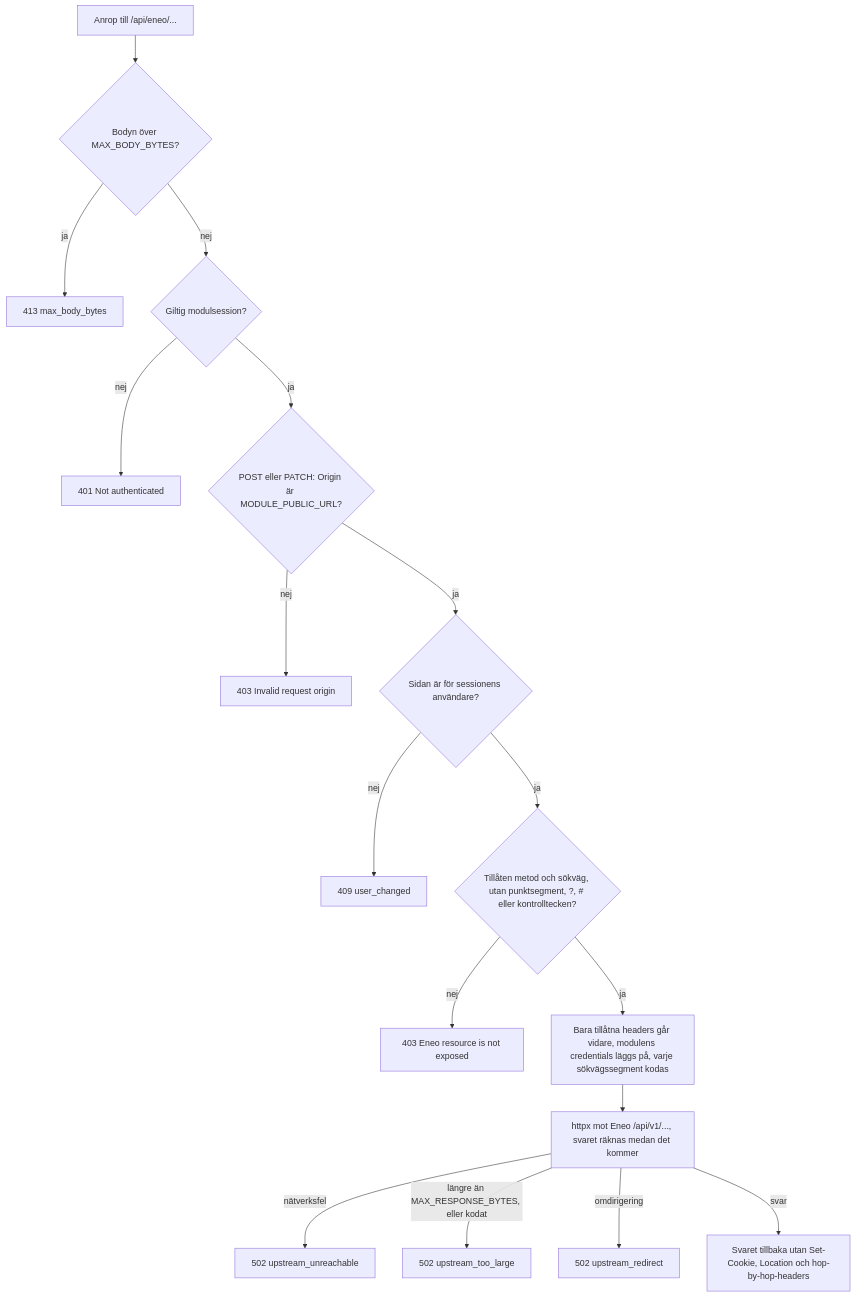
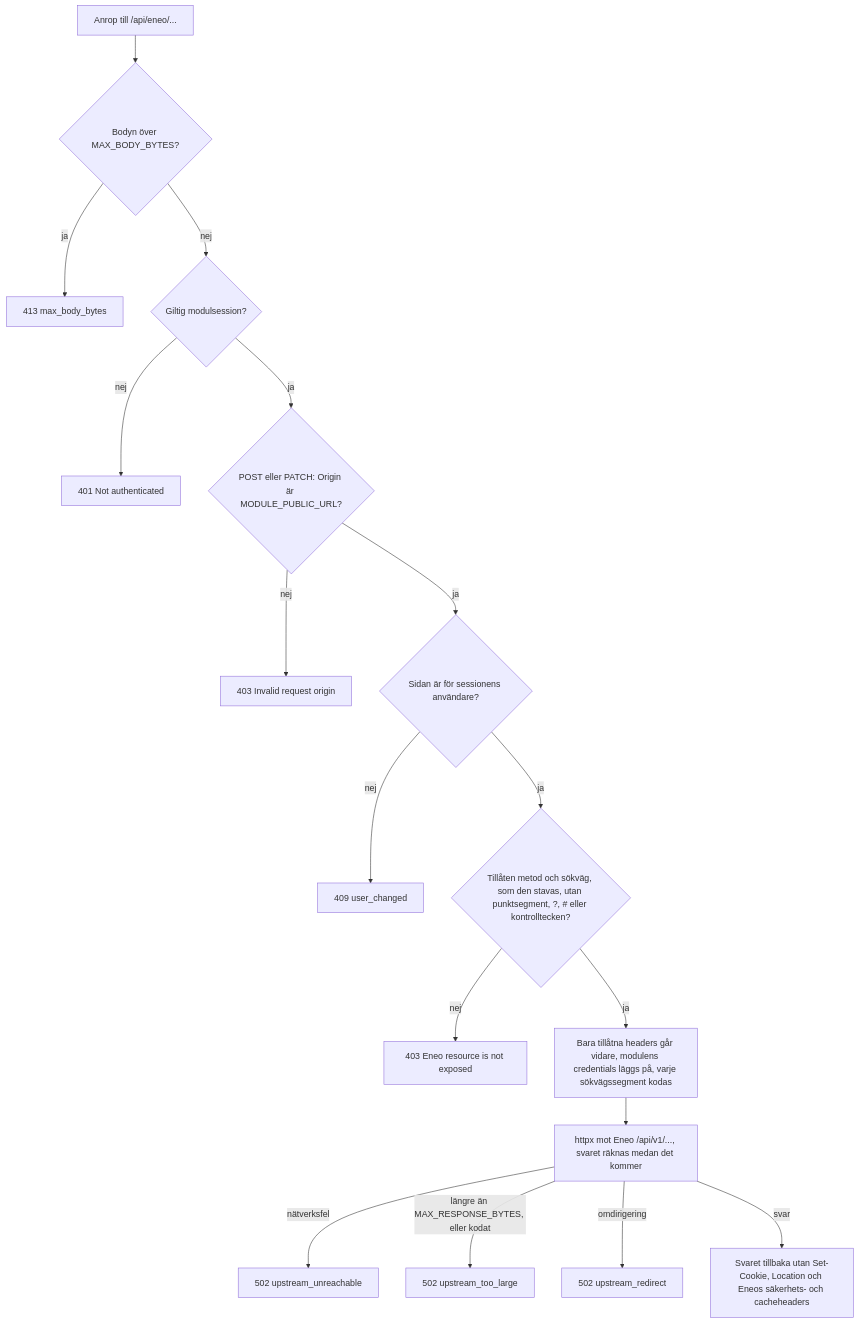
One commit to eneo-ai/eneo-mod-speech-to-text changed the third of 8 diagrams in docs/architecture.md. Above: the diagram before and after it, drawn with Mermaid. The commit also changed other lines of this file and 14 other files, not shown here.

````diff
--- a/docs/architecture.md
+++ b/docs/architecture.md
@@ -92,19 +76,19 @@
 ```mermaid
 flowchart TD
     req["Anrop till /api/eneo/..."] --> cap{"Bodyn över MAX_BODY_BYTES?"}
     cap -->|"ja"| r413["413 max_body_bytes"]
     cap -->|"nej"| sess{"Giltig modulsession?"}
     sess -->|"nej"| r401["401 Not authenticated"]
     sess -->|"ja"| org{"POST eller PATCH: Origin är MODULE_PUBLIC_URL?"}
     org -->|"nej"| r403a["403 Invalid request origin"]
     org -->|"ja"| user{"Sidan är för sessionens användare?"}
     user -->|"nej"| r409["409 user_changed"]
-    user -->|"ja"| route{"Tillåten metod och sökväg, utan punktsegment, ?, # eller kontrolltecken?"}
+    user -->|"ja"| route{"Tillåten metod och sökväg, som den stavas, utan punktsegment, ?, # eller kontrolltecken?"}
     route -->|"nej"| r403b["403 Eneo resource is not exposed"]
     route -->|"ja"| hdr["Bara tillåtna headers går vidare, modulens credentials läggs på, varje sökvägssegment kodas"]
     hdr --> up["httpx mot Eneo /api/v1/..., svaret räknas medan det kommer"]
     up -->|"nätverksfel"| r502a["502 upstream_unreachable"]
     up -->|"längre än MAX_RESPONSE_BYTES, eller kodat"| r502b["502 upstream_too_large"]
     up -->|"omdirigering"| r502c["502 upstream_redirect"]
-    up -->|"svar"| resp["Svaret tillbaka utan Set-Cookie, Location och hop-by-hop-headers"]
+    up -->|"svar"| resp["Svaret tillbaka utan Set-Cookie, Location och Eneos säkerhets- och cacheheaders"]
 ```
````
